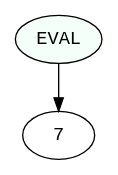
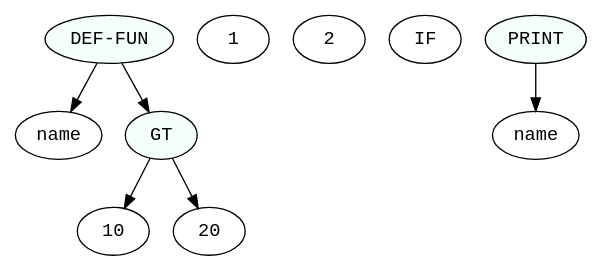
Before and after one commit to GunendraBikram/cc_project_01: the diagram in ast.dot, drawn with Graphviz. The commit also changed 9 other files, not shown here.

```diff
--- a/ast.dot
+++ b/ast.dot
@@ -1,5 +1,17 @@
 digraph print {
- 1 [label="7", fontname="monospace"];
- 2 [label="EVAL", fontname="monospace", style=filled, fillcolor=mintcream];
- 2->1
+ 1 [label="name", fontname="monospace"];
+ 2 [label="10", fontname="monospace"];
+ 3 [label="20", fontname="monospace"];
+ 4 [label="GT", fontname="monospace", style=filled, fillcolor=mintcream];
+ 4->2
+ 4->3
+ 5 [label="1", fontname="monospace"];
+ 6 [label="2", fontname="monospace"];
+ 7 [label="IF", fontname="monospace"];
+ 8 [label="name", fontname="monospace"];
+ 9 [label="PRINT", fontname="monospace", style=filled, fillcolor=mintcream];
+ 9->8
+ 10 [label="DEF-FUN", fontname="monospace", style=filled, fillcolor=mintcream];
+ 10->1
+ 10->4
  }
```
